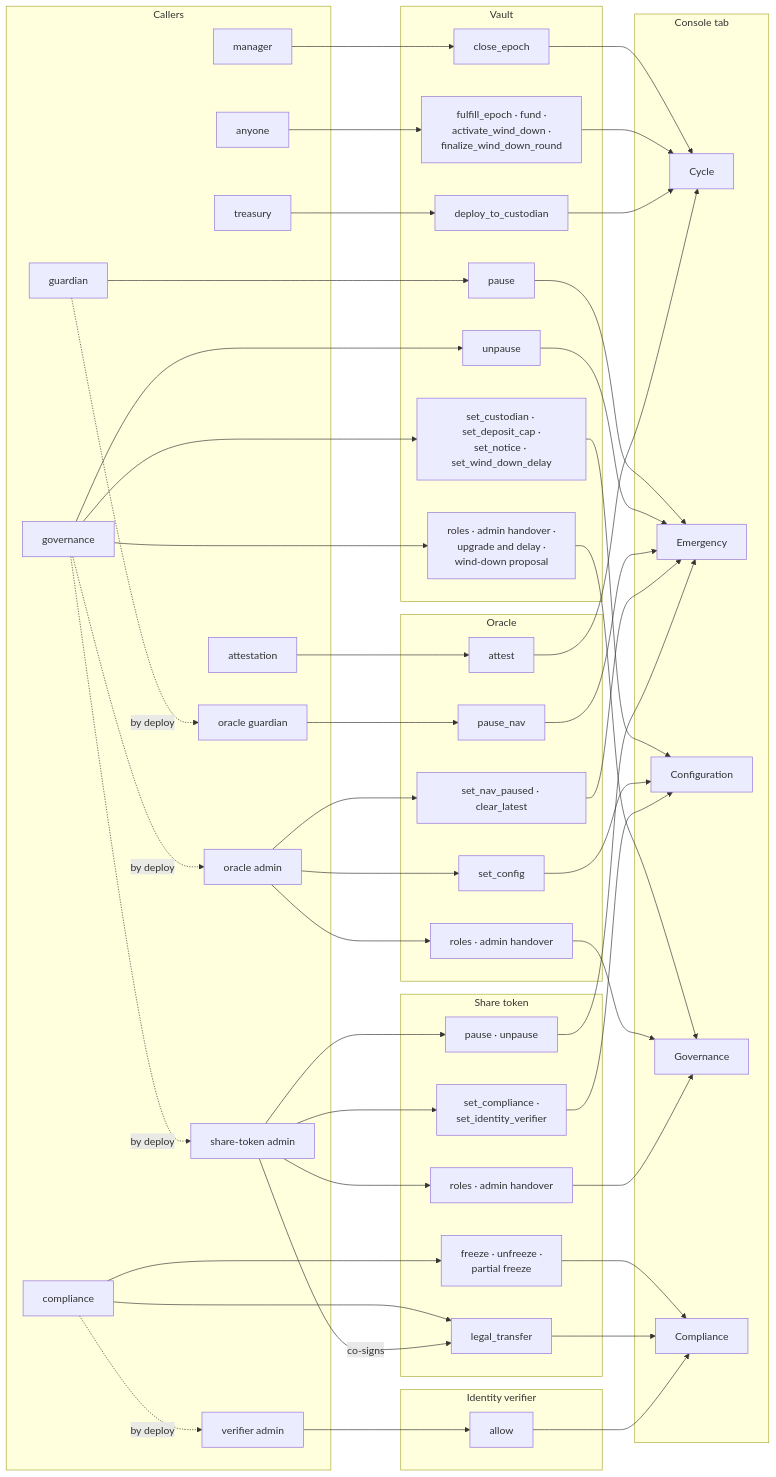
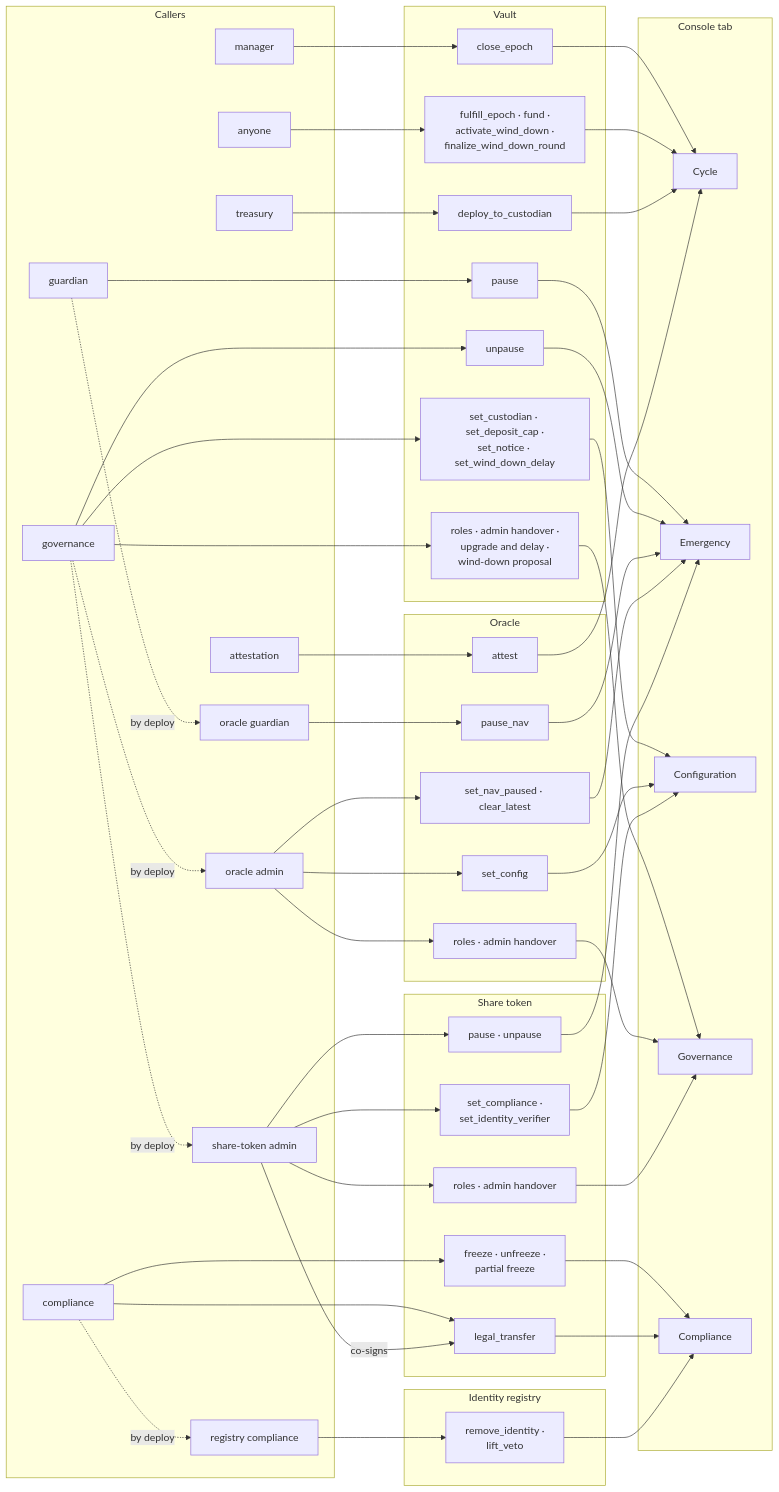
One commit to BootNodeDev/strata-vault-kit changed the fifth of 5 diagrams in docs/strata-product-and-architecture.md. Above: the diagram before and after it, drawn with Mermaid. The commit also changed other lines of this file, not shown here.

Commit message:
docs: describe the identity stack in the design

````diff
--- a/docs/strata-product-and-architecture.md
+++ b/docs/strata-product-and-architecture.md
@@ -631,78 +910,78 @@
 ```mermaid
 flowchart LR
     subgraph AUTH["Callers"]
         GOV[governance]
         MAN[manager]
         TRE[treasury]
         ATT[attestation]
         GRD[guardian]
         CMP[compliance]
         ANY[anyone]
         OADM[oracle admin]
         OGRD[oracle guardian]
         TADM[share-token admin]
-        VADM[verifier admin]
+        RCMP[registry compliance]
     end
 
     subgraph VAULT["Vault"]
         VSEAL[close_epoch]
         VOPEN[fulfill_epoch · fund ·<br/>activate_wind_down ·<br/>finalize_wind_down_round]
         VDEP[deploy_to_custodian]
         VPAUSE[pause]
         VUNP[unpause]
         VSET[set_custodian · set_deposit_cap ·<br/>set_notice · set_wind_down_delay]
         VGOV[roles · admin handover ·<br/>upgrade and delay ·<br/>wind-down proposal]
     end
 
     subgraph ORACLE["Oracle"]
         OATT[attest]
         ORAISE[pause_nav]
         OSET[set_nav_paused · clear_latest]
         OCFG[set_config]
         OGOV[roles · admin handover]
     end
 
     subgraph TOKEN["Share token"]
         TPAUSE[pause · unpause]
         TCFG[set_compliance ·<br/>set_identity_verifier]
         TGOV[roles · admin handover]
         TCMP[freeze · unfreeze ·<br/>partial freeze]
         TLEG[legal_transfer]
     end
 
-    subgraph VERIFIER["Identity verifier"]
-        VALLOW[allow]
+    subgraph REGISTRY["Identity registry"]
+        RLIST[remove_identity ·<br/>lift_veto]
     end
 
     subgraph TABS["Console tab"]
         CYC[Cycle]
         EMG[Emergency]
         CFG[Configuration]
         GVN[Governance]
         CPL[Compliance]
     end
 
     MAN --> VSEAL --> CYC
     ANY --> VOPEN --> CYC
     TRE --> VDEP --> CYC
     ATT --> OATT --> CYC
     GRD --> VPAUSE --> EMG
     GOV --> VUNP --> EMG
     OGRD --> ORAISE --> EMG
     OADM --> OSET --> EMG
     TADM --> TPAUSE --> EMG
     GOV --> VSET --> CFG
     OADM --> OCFG --> CFG
     TADM --> TCFG --> CFG
     GOV --> VGOV --> GVN
     OADM --> OGOV --> GVN
     TADM --> TGOV --> GVN
     CMP --> TCMP --> CPL
     CMP --> TLEG --> CPL
     TADM -->|co-signs| TLEG
-    VADM --> VALLOW --> CPL
+    RCMP --> RLIST --> CPL
     GOV -.->|by deploy| OADM
     GOV -.->|by deploy| TADM
     GRD -.->|by deploy| OGRD
-    CMP -.->|by deploy| VADM
+    CMP -.->|by deploy| RCMP
 ```
````
